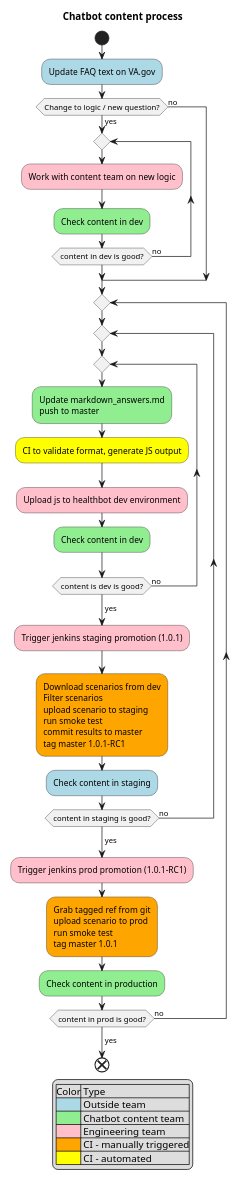
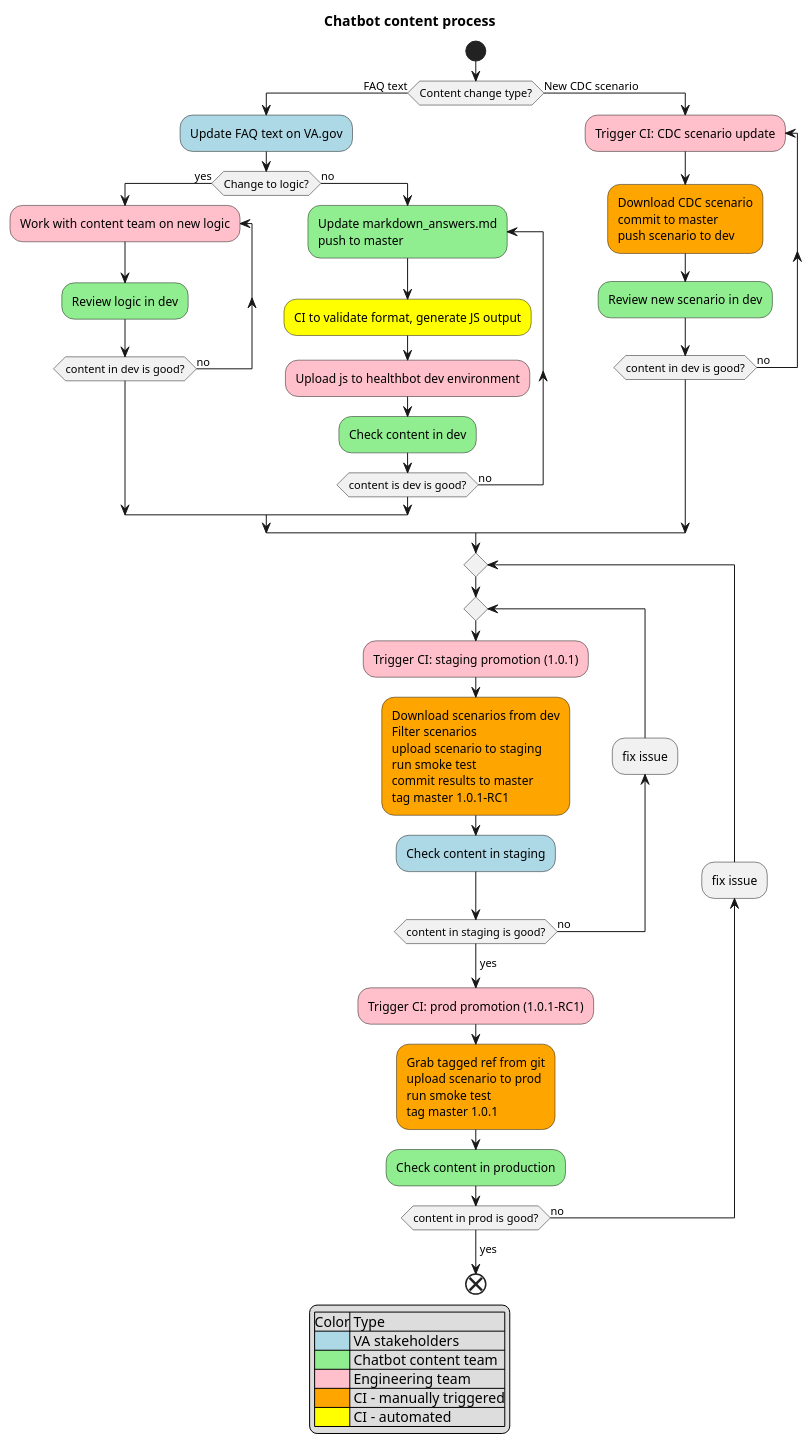
The diagram in content/content-process.puml (department-of-veterans-affairs/va.gov-team), drawn with PlantUML before and after one commit. The commit also changed 1 other file, not shown here.

Commit message:
[#95] Added CDC flow (draft), enhanced diagram somewhat, pulled markdown/content update up some

```diff
--- a/content/content-process.puml
+++ b/content/content-process.puml
@@ -1,56 +1,68 @@
 @startuml
 
 title Chatbot content process
-scale 0.7
 skinparam ConditionEndStyle hline
 
 start
 
-#lightblue:Update FAQ text on VA.gov;
-if (Change to logic / new question?) then (yes)
+if (Content change type?) then (FAQ text)
+  #lightblue:Update FAQ text on VA.gov;
+  if (Change to logic?) then (yes)
+    #pink:repeat :Work with content team on new logic;
+      'Update dev scenario;
+      #lightgreen:Review logic in dev;
+    repeat while (content in dev is good?) is (no)
+  else (no)
+      #lightgreen:repeat :Update markdown_answers.md\npush to master;
+        #yellow:CI to validate format, generate JS output;
+        #pink:Upload js to healthbot dev environment;
+        #lightgreen:Check content in dev;
+      repeat while (content is dev is good?) is (no)
+      ->yes;
+  endif
+else (New CDC scenario)
+  #pink:repeat :Trigger CI: CDC scenario update;
+  #orange:Download CDC scenario
+  commit to master
+  push scenario to dev;
+  #lightgreen:Review new scenario in dev;
+  repeat while (content in dev is good?) is (no)
+endif
+
 repeat
-#pink:Work with content team on new logic;
-#lightgreen:Check content in dev;
-repeat while (content in dev is good?) is (no)
-->yes;
-else (no)
-endif
-repeat
-repeat
-repeat
-#lightgreen:Update markdown_answers.md\npush to master;
-#yellow:CI to validate format, generate JS output;
-#pink:Upload js to healthbot dev environment;
-#lightgreen:Check content in dev;
-repeat while (content is dev is good?) is (no)
-->yes;
-#pink:Trigger jenkins staging promotion (1.0.1);
-#orange:Download scenarios from dev
-Filter scenarios
-upload scenario to staging
-run smoke test
-commit results to master
-tag master 1.0.1-RC1;
-#lightblue:Check content in staging;
-repeat while (content in staging is good?) is (no)
-->yes;
-#pink:Trigger jenkins prod promotion (1.0.1-RC1);
-#orange:Grab tagged ref from git
-upload scenario to prod
-run smoke test
-tag master 1.0.1;
-#lightgreen:Check content in production;
+
+  repeat
+    #pink:Trigger CI: staging promotion (1.0.1);
+    #orange:Download scenarios from dev
+    Filter scenarios
+    upload scenario to staging
+    run smoke test
+    commit results to master
+    tag master 1.0.1-RC1;
+    #lightblue:Check content in staging;
+    backward:fix issue;
+  repeat while (content in staging is good?) is (no)
+  ->yes;
+
+  #pink:Trigger CI: prod promotion (1.0.1-RC1);
+  #orange:Grab tagged ref from git
+  upload scenario to prod
+  run smoke test
+  tag master 1.0.1;
+  #lightgreen:Check content in production;
+  backward:fix issue;
 repeat while (content in prod is good?) is (no)
 ->yes;
+
 end
 
 legend center
     |Color| Type |
-    |<#lightblue> | Outside team|
+    |<#lightblue> | VA stakeholders |
     |<#lightgreen>| Chatbot content team|
     |<#pink>| Engineering team|
     |<#orange>| CI - manually triggered|
     |<#yellow>| CI - automated|
 endlegend
 
 @enduml
```
